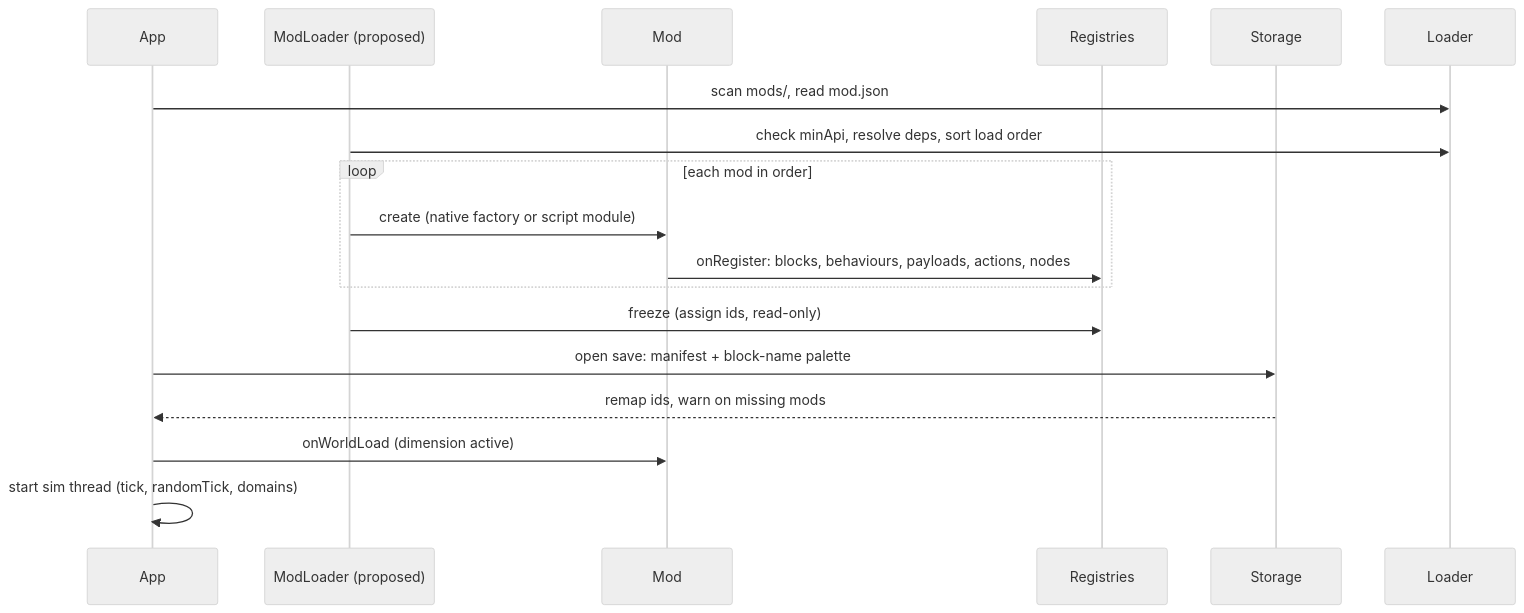
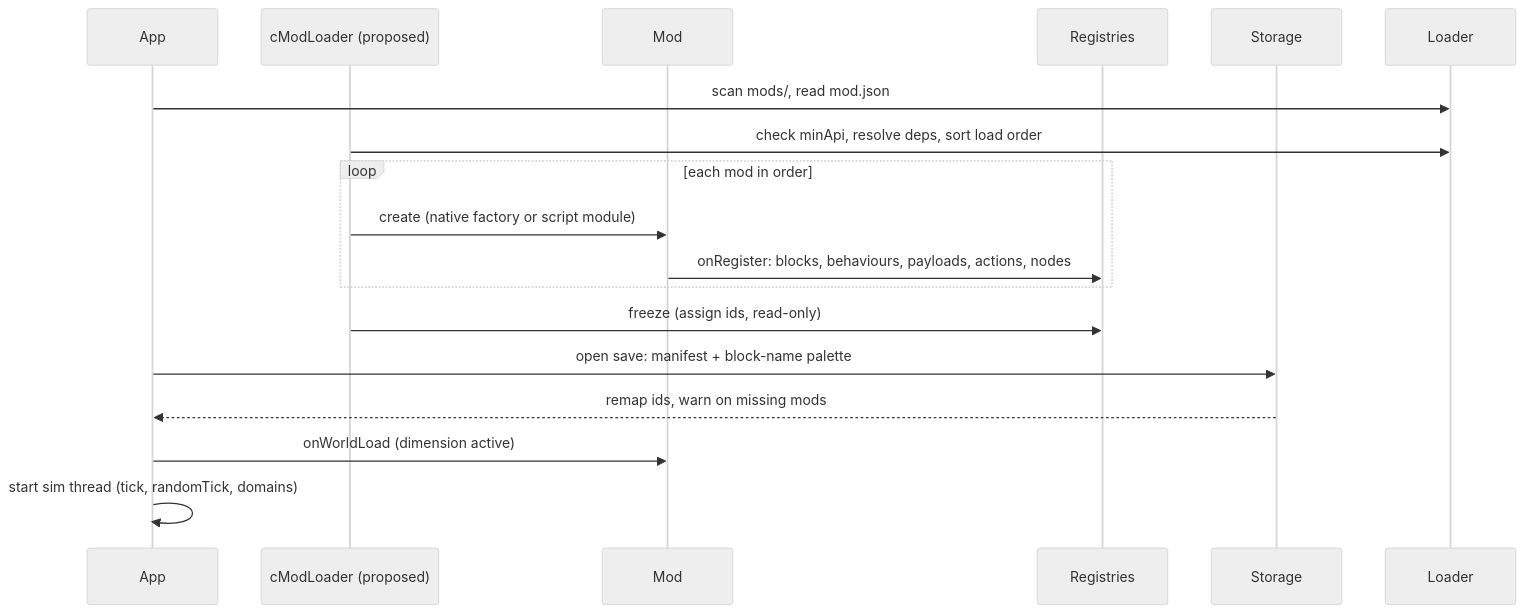
Before and after one commit to wetwaferworks/LithoKraft: the second of 3 diagrams in docs/SDK.md, drawn with Mermaid (neutral theme). The commit also changed other lines of this file and 98 other files, not shown here.

````diff
--- a/docs/SDK.md
+++ b/docs/SDK.md
@@ -213,19 +213,19 @@
 ```mermaid
 sequenceDiagram
   participant App
-  participant cLoader as ModLoader (proposed)
+  participant cLoader as cModLoader (proposed)
   participant Mod
   participant Reg as Registries
   participant Store as Storage
   App->>Loader: scan mods/, read mod.json
   cLoader->>Loader: check minApi, resolve deps, sort load order
   loop each mod in order
     cLoader->>Mod: create (native factory or script module)
     Mod->>Reg: onRegister: blocks, behaviours, payloads, actions, nodes
   end
   cLoader->>Reg: freeze (assign ids, read-only)
   App->>Store: open save: manifest + block-name palette
   Store-->>App: remap ids, warn on missing mods
   App->>Mod: onWorldLoad (dimension active)
   App->>App: start sim thread (tick, randomTick, domains)
 ```
````
